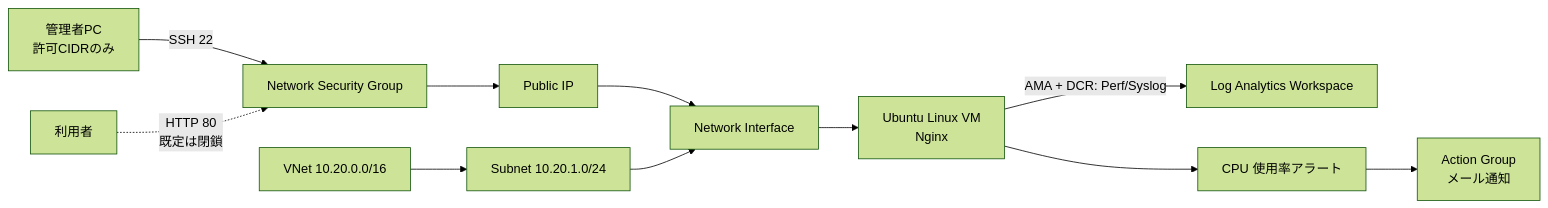
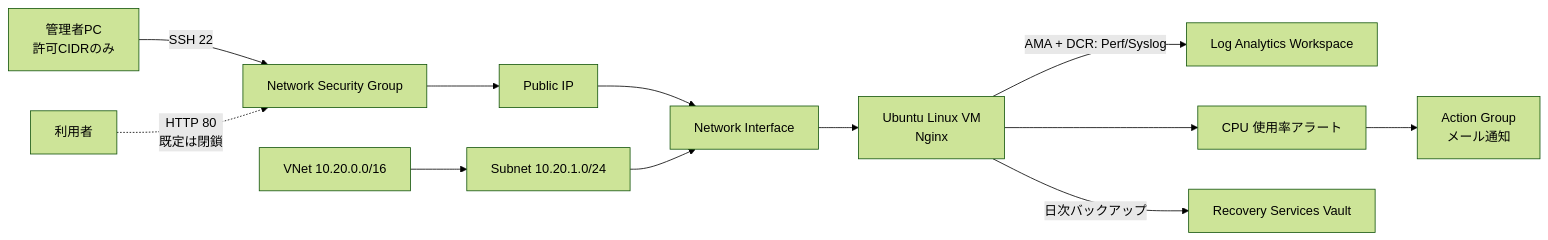
The diagram in README.md (ns7jp/azure), drawn with Mermaid (forest theme) before and after one commit. The commit also changed other lines of this file, not shown here.

````diff
--- a/README.md
+++ b/README.md
@@ -30,13 +30,14 @@
 ```mermaid
 flowchart LR
     Admin[管理者PC\n許可CIDRのみ] -->|SSH 22| NSG[Network Security Group]
     User[利用者] -. HTTP 80\n既定は閉鎖 .-> NSG
     NSG --> PIP[Public IP]
     PIP --> NIC[Network Interface]
     NIC --> VM[Ubuntu Linux VM\nNginx]
     VM -->|AMA + DCR: Perf/Syslog| LAW[Log Analytics Workspace]
     VM --> Alert[CPU 使用率アラート]
     Alert --> AG[Action Group\nメール通知]
+    VM -->|日次バックアップ| RSV[Recovery Services Vault]
     VNet[VNet 10.20.0.0/16] --> Subnet[Subnet 10.20.1.0/24]
     Subnet --> NIC
 ```
````
